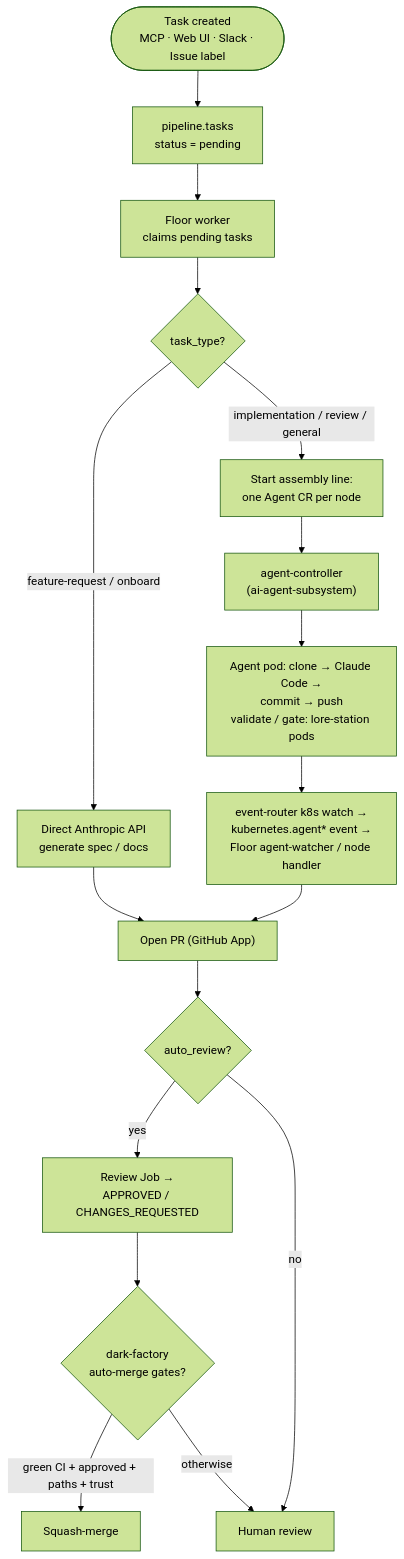
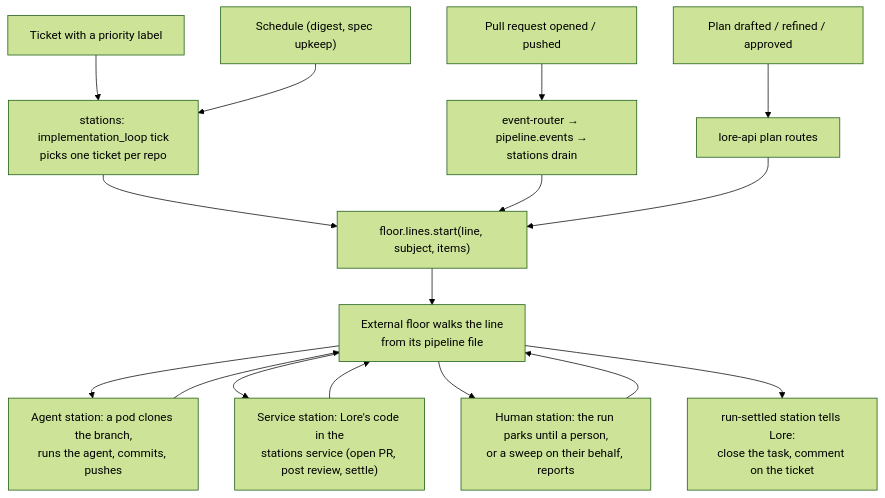
One commit to re-cinq/lore changed the first of 2 diagrams in docs/building-lore/architecture.md. Above: the diagram before and after it, drawn with Mermaid (forest theme). The commit also changed other lines of this file and 2 other files, not shown here.

First line of the commit message:
The assembly-line guide, the architecture page and the scheduled-jobs table describe the external floor

````diff
--- a/docs/building-lore/architecture.md
+++ b/docs/building-lore/architecture.md
@@ -25,19 +23,18 @@
 ```mermaid
 flowchart TB
-    START(["Task created<br/>MCP · Web UI · Slack · Issue label"]) --> Q["pipeline.tasks<br/>status = pending"]
-    Q --> W["Floor worker<br/>claims pending tasks"]
-    W --> TYPE{"task_type?"}
-    TYPE -->|"feature-request / onboard"| LLM["Direct Anthropic API<br/>generate spec / docs"]
-    TYPE -->|"implementation / review / general"| CR["Start assembly line:<br/>one Agent CR per node"]
-    CR --> CTRL["agent-controller<br/>(ai-agent-subsystem)"]
-    CTRL --> POD["Agent pod: clone → Claude Code →<br/>commit → push<br/>validate / gate: lore-station pods"]
-    POD --> WATCH["event-router k8s watch →<br/>kubernetes.agent* event →<br/>Floor agent-watcher / node handler"]
-    LLM --> PR["Open PR (GitHub App)"]
-    WATCH --> PR
-    PR --> REVIEW{"auto_review?"}
-    REVIEW -->|"yes"| RR["Review Job →<br/>APPROVED / CHANGES_REQUESTED"]
-    REVIEW -->|"no"| HUMAN["Human review"]
-    RR --> MERGE{"dark-factory<br/>auto-merge gates?"}
-    MERGE -->|"green CI + approved + paths + trust"| SQUASH["Squash-merge"]
-    MERGE -->|"otherwise"| HUMAN
+    T1["Ticket with a priority label"] --> TICK["stations: implementation_loop tick<br/>picks one ticket per repo"]
+    T2["Pull request opened / pushed"] --> EV["event-router → pipeline.events →<br/>stations drain"]
+    T3["Plan drafted / refined / approved"] --> API["lore-api plan routes"]
+    T4["Schedule (digest, spec upkeep)"] --> TICK
+    TICK --> START["floor.lines.start(line, subject, items)"]
+    EV --> START
+    API --> START
+    START --> FLOOR["External floor walks the line<br/>from its pipeline file"]
+    FLOOR --> AG["Agent station: a pod clones the branch,<br/>runs the agent, commits, pushes"]
+    FLOOR --> SVC["Service station: Lore's code in the<br/>stations service (open PR, post review, settle)"]
+    FLOOR --> HUM["Human station: the run parks until a person,<br/>or a sweep on their behalf, reports"]
+    AG --> FLOOR
+    SVC --> FLOOR
+    HUM --> FLOOR
+    FLOOR --> DONE["run-settled station tells Lore:<br/>close the task, comment on the ticket"]
 ```
````
